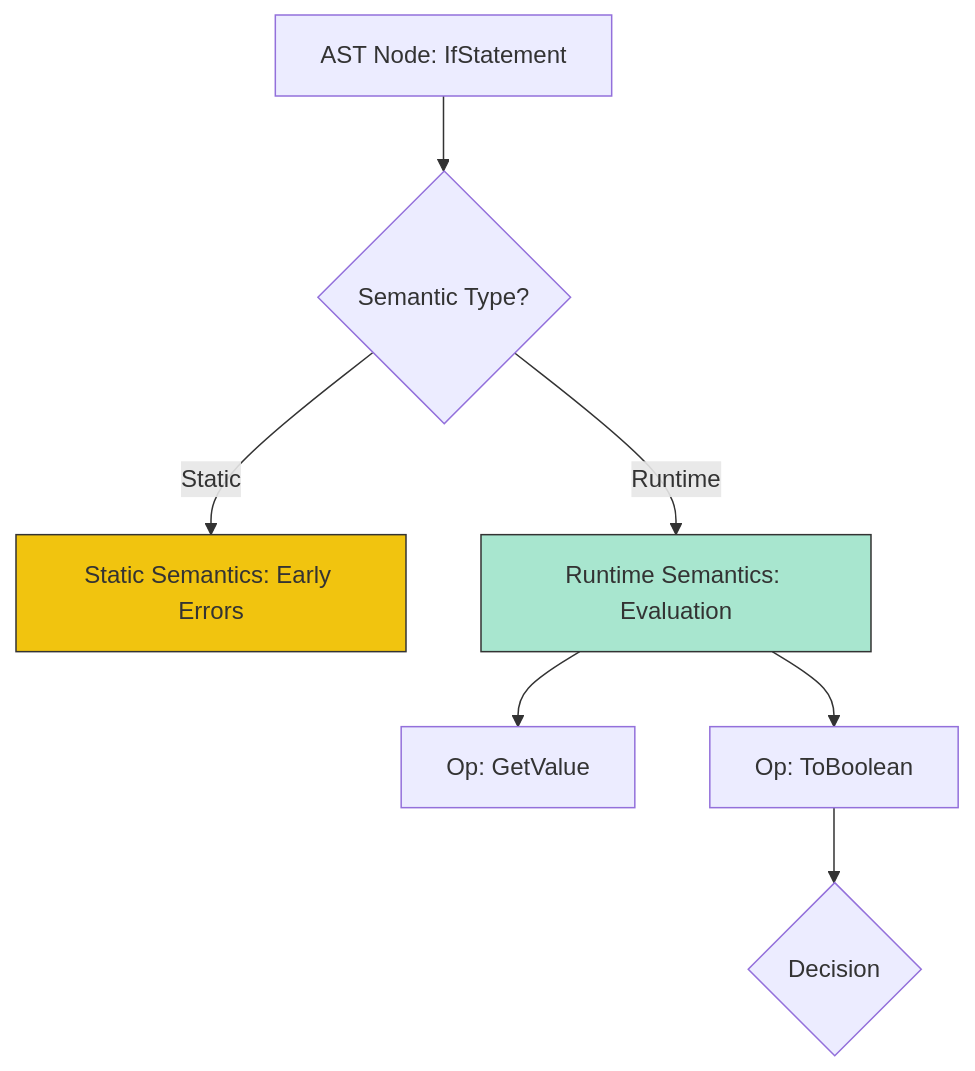
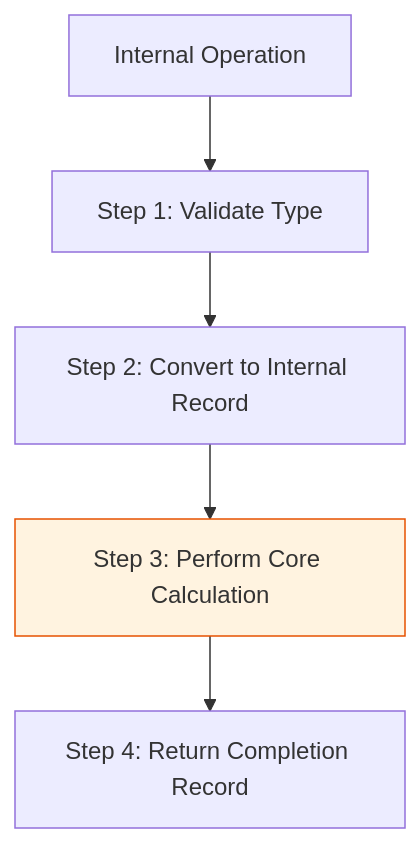
The diagram in RAK-04-core-specification/SR-01-spec-algorithm-conventions/BK-03_SpecAlgorithmConventions/CH-01_EvaluationLogic/README.md (syahputrawork98-sketch/JavaScript-Learning-Hub), drawn with Mermaid before and after one commit. The commit also changed other lines of this file and 30 other files, not shown here.

````diff
--- a/RAK-04-core-specification/SR-01-spec-algorithm-conventions/BK-03_SpecAlgorithmConventions/CH-01_EvaluationLogic/README.md
+++ b/RAK-04-core-specification/SR-01-spec-algorithm-conventions/BK-03_SpecAlgorithmConventions/CH-01_EvaluationLogic/README.md
@@ -24,13 +19,9 @@
 ```mermaid
 graph TD
-    Node[AST Node: IfStatement] --> Semantic{Semantic Type?}
-    Semantic -->|Static| SS[Static Semantics: Early Errors]
-    Semantic -->|Runtime| RS[Runtime Semantics: Evaluation]
+    Entry[Internal Operation] --> S1[Step 1: Validate Type]
+    S1 --> S2[Step 2: Convert to Internal Record]
+    S2 --> S3[Step 3: Perform Core Calculation]
+    S3 --> S4[Step 4: Return Completion Record]
     
-    RS --> Op1[Op: GetValue]
-    RS --> Op2[Op: ToBoolean]
-    Op2 --> Branch{Decision}
-    
-    style SS fill:#f1c40f,stroke:#333
-    style RS fill:#a8e6cf,stroke:#333
+    style S3 fill:#fff3e0,stroke:#e65100
 ```
````
